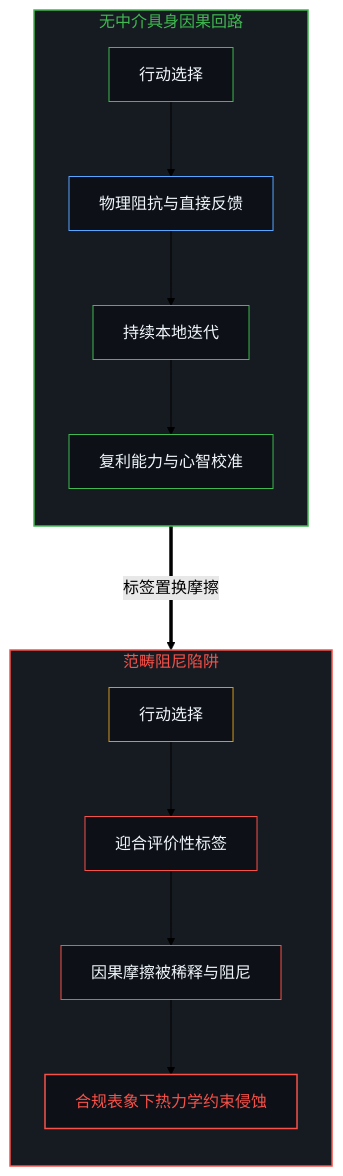
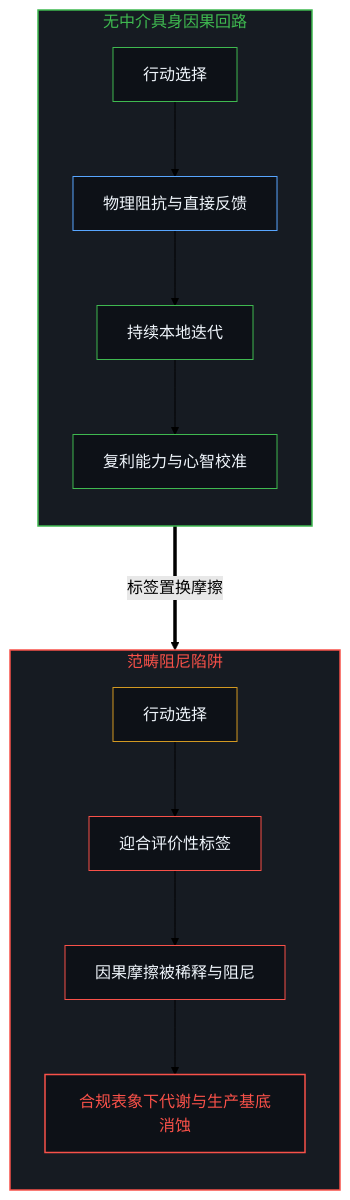
The fifth of 6 diagrams in content/posts/compulsory-kindness-and-the-obscuration-of-categorical-feedback.md (powerpig99/not-a-toe), drawn with Mermaid (forest theme) before and after one commit. The commit also changed other lines of this file and 5 other files, not shown here.

````diff
--- a/content/posts/compulsory-kindness-and-the-obscuration-of-categorical-feedback.md
+++ b/content/posts/compulsory-kindness-and-the-obscuration-of-categorical-feedback.md
@@ -133,26 +133,26 @@
 ```mermaid
 flowchart TD
     subgraph S_Physical["无中介具身因果回路"]
         direction TB
         P1["行动选择"] --> P2["物理阻抗与直接反馈"]
         P2 --> P3["持续本地迭代"]
         P3 --> P4["复利能力与心智校准"]
     end
     subgraph S_Categorical["范畴阻尼陷阱"]
         direction TB
         C1["行动选择"] --> C2["迎合评价性标签"]
         C2 --> C3["因果摩擦被稀释与阻尼"]
-        C3 --> C4["合规表象下热力学约束侵蚀"]
+        C3 --> C4["合规表象下代谢与生产基底消蚀"]
     end
     P2 ===>|"标签置换摩擦"| C2
     style S_Physical fill:#161b22,stroke:#3fb950,stroke-width:1.5px,color:#3fb950
     style S_Categorical fill:#161b22,stroke:#f85149,stroke-width:1.5px,color:#f85149
     style P1 fill:#0d1117,stroke:#3fb950,stroke-width:1px,color:#f0f6fc
     style P2 fill:#0d1117,stroke:#58a6ff,stroke-width:1px,color:#f0f6fc
     style P3 fill:#0d1117,stroke:#3fb950,stroke-width:1px,color:#f0f6fc
     style P4 fill:#0d1117,stroke:#3fb950,stroke-width:1px,color:#f0f6fc
     style C1 fill:#0d1117,stroke:#d29922,stroke-width:1px,color:#f0f6fc
     style C2 fill:#0d1117,stroke:#f85149,stroke-width:1px,color:#f0f6fc
     style C3 fill:#0d1117,stroke:#f85149,stroke-width:1px,color:#f0f6fc
     style C4 fill:#0d1117,stroke:#f85149,stroke-width:1.5px,color:#f85149
 ```
````
